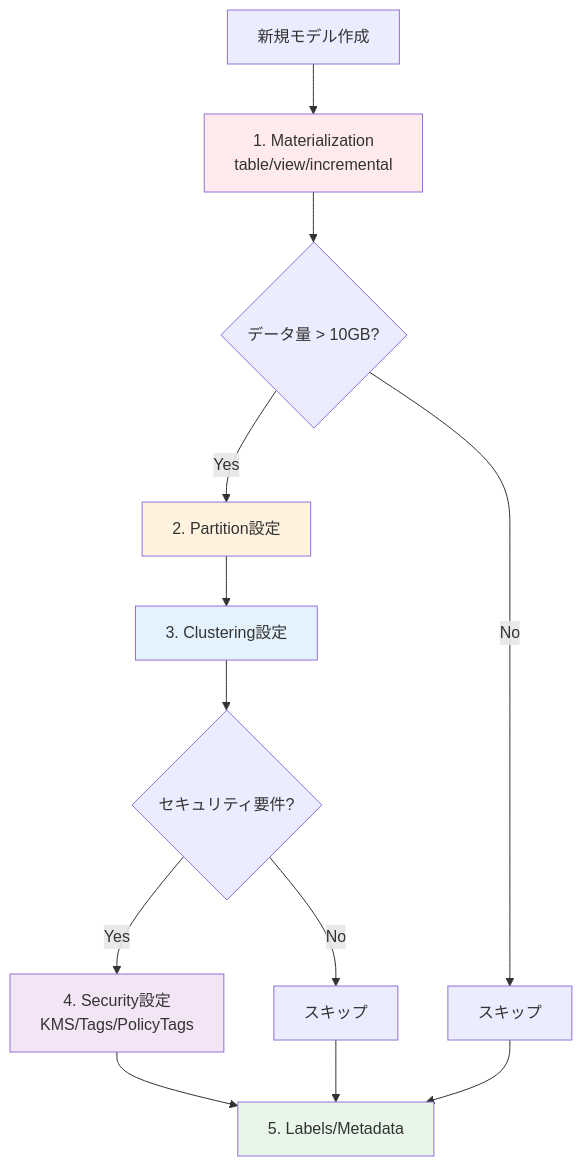
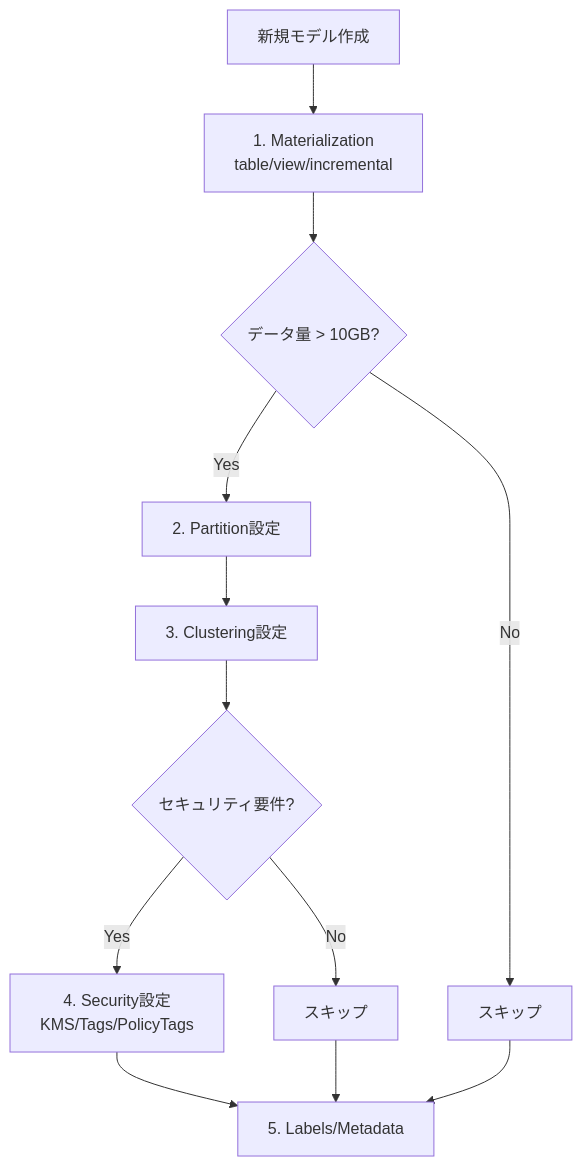
Before and after one commit to 1210yuichi0/1210yuichi0.github.io: the fourth of 4 diagrams in content/Tech/dbt/features/bigquery-configs-complete.md, drawn with Mermaid. The commit also changed other lines of this file and 22 other files, not shown here.

First line of the commit message:
style: remove Mermaid style directives for dark mode compatibility

````diff
--- a/content/Tech/dbt/features/bigquery-configs-complete.md
+++ b/content/Tech/dbt/features/bigquery-configs-complete.md
@@ -1641,20 +1636,15 @@
 ```mermaid
 flowchart TD
     A[新規モデル作成] --> B[1. Materialization<br/>table/view/incremental]
     B --> C{データ量 > 10GB?}
     C -->|Yes| D[2. Partition設定]
     C -->|No| H[スキップ]
     D --> E[3. Clustering設定]
     E --> F{セキュリティ要件?}
     F -->|Yes| G[4. Security設定<br/>KMS/Tags/PolicyTags]
     F -->|No| I[スキップ]
     G --> J[5. Labels/Metadata]
     H --> J
     I --> J
 
-    style B fill:#ffebee
-    style D fill:#fff3e0
-    style E fill:#e3f2fd
-    style G fill:#f3e5f5
-    style J fill:#e8f5e9
 ```
````
